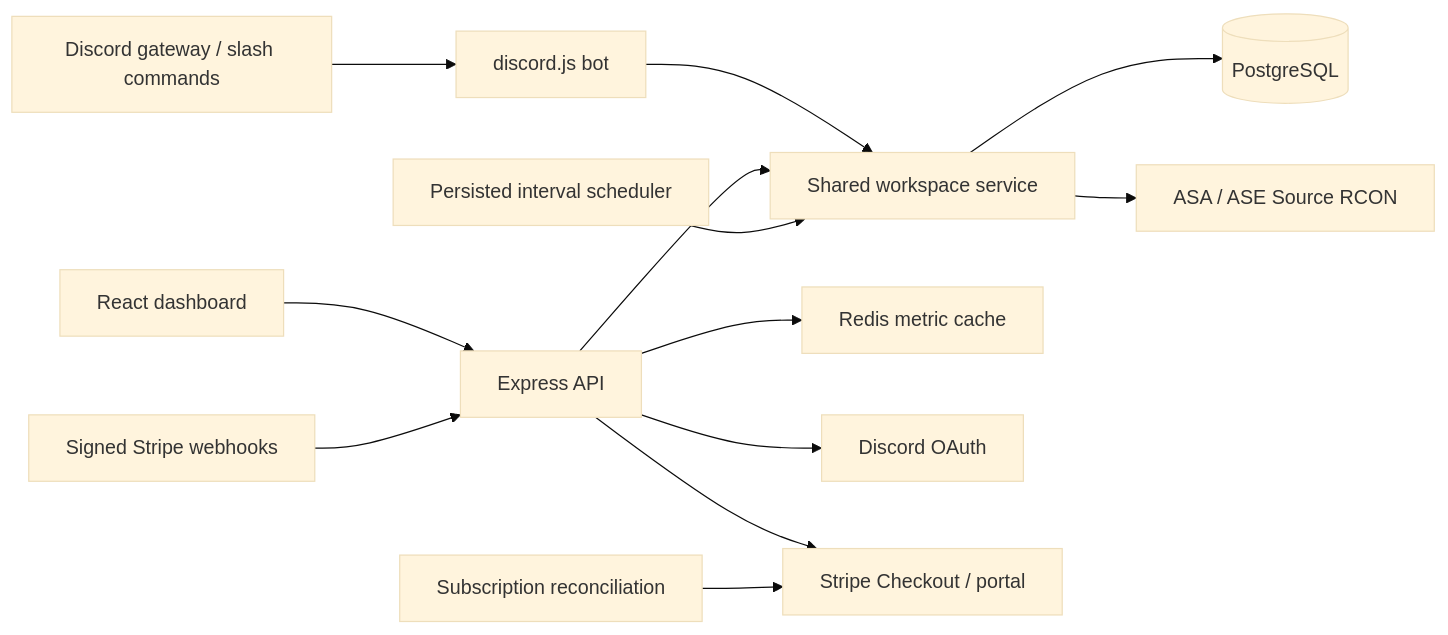
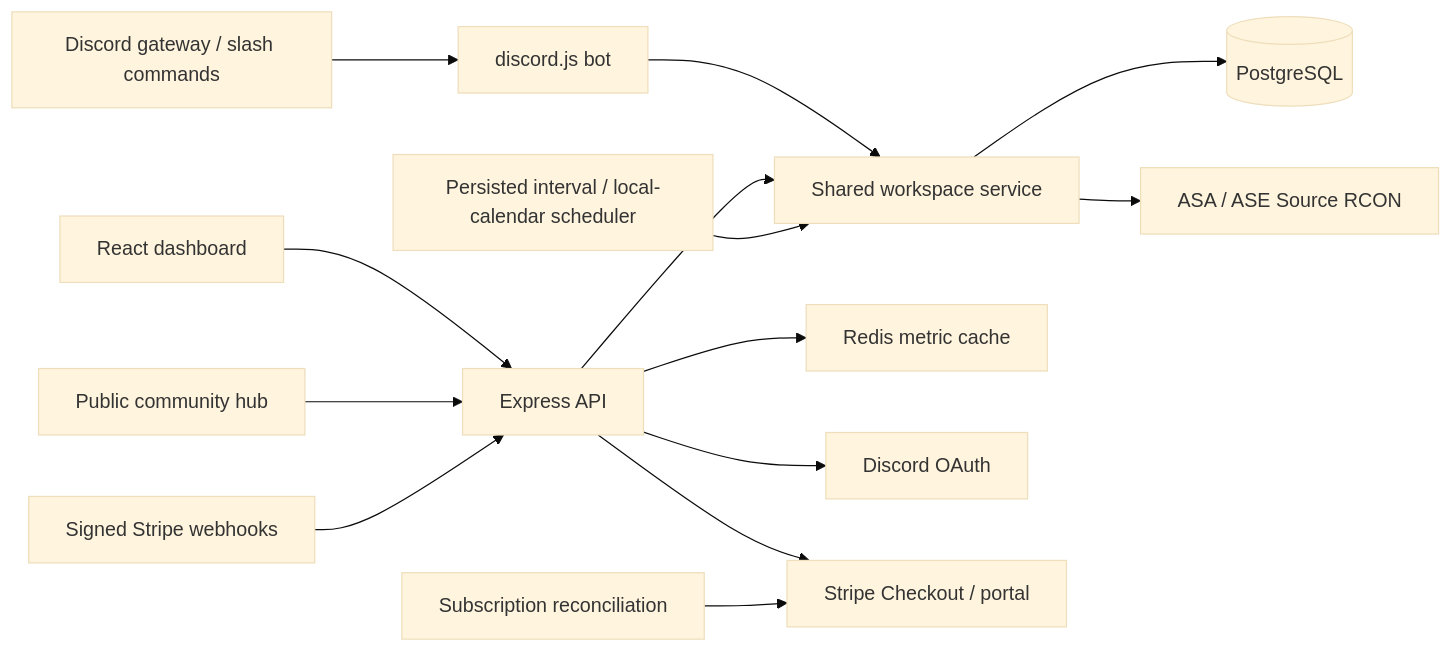
Before and after one commit to RepGraphics/rookrift: the diagram in docs/ARCHITECTURE.md, drawn with Mermaid (base theme). The commit also changed 26 other files, not shown here.

````diff
--- a/docs/ARCHITECTURE.md
+++ b/docs/ARCHITECTURE.md
@@ -3,15 +3,16 @@
 ```mermaid
 flowchart LR
   Browser[React dashboard] --> API[Express API]
   Discord[Discord gateway / slash commands] --> Bot[discord.js bot]
   Bot --> Service[Shared workspace service]
   API --> Service
   Service --> DB[(PostgreSQL)]
   API --> Cache[Redis metric cache]
   Service --> RCON[ASA / ASE Source RCON]
-  Scheduler[Persisted interval scheduler] --> Service
+  Scheduler[Persisted interval / local-calendar scheduler] --> Service
+  Community[Public community hub] --> API
   API --> OAuth[Discord OAuth]
   API --> Checkout[Stripe Checkout / portal]
   Stripe[Signed Stripe webhooks] --> API
   Reconcile[Subscription reconciliation] --> Checkout
 ```
````
